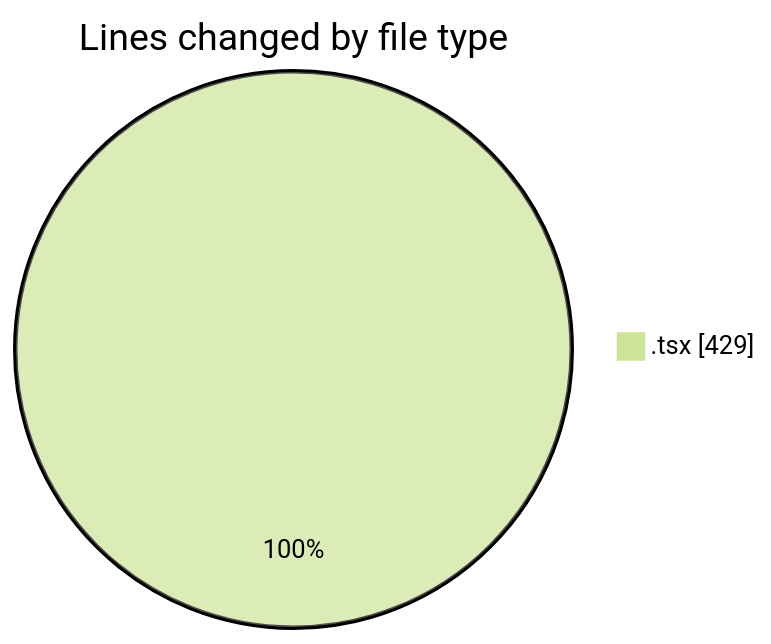
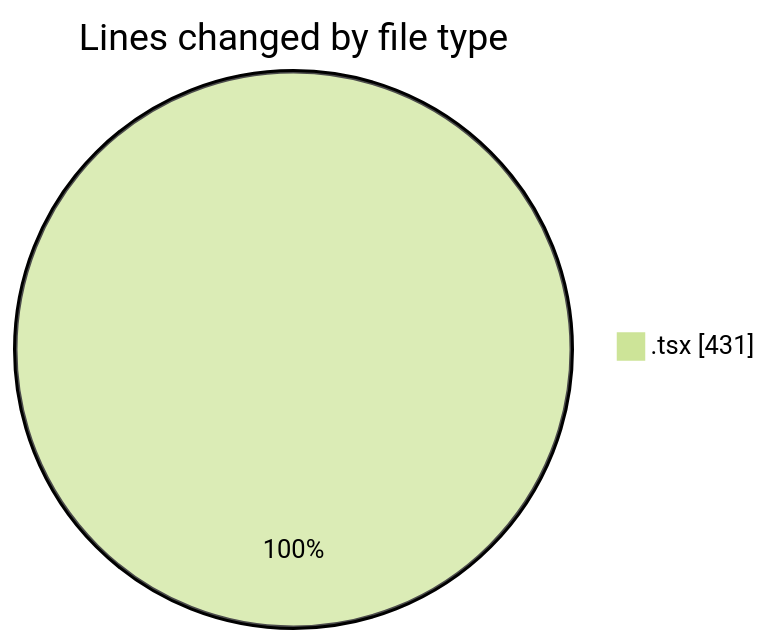
Before and after one commit to momahboobian/code-tracking: the first of 2 diagrams in 2026-01-12/cda/README.md, drawn with Mermaid (forest theme). The commit also changed other lines of this file and 1 other file, not shown here.

````diff
--- a/2026-01-12/cda/README.md
+++ b/2026-01-12/cda/README.md
@@ -20,5 +20,5 @@
 ```mermaid
 pie showData
 title Lines changed by file type
-".tsx" : 429
+".tsx" : 431
 ```
````
